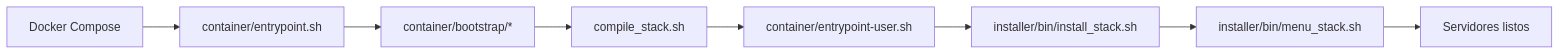
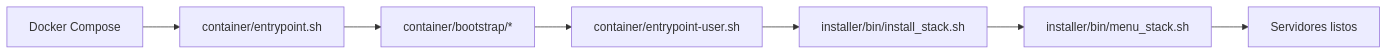
The diagram in README.md (AoC-Gamers/Docker-L4D2-Competitive), drawn with Mermaid before and after one commit. The commit also changed other lines of this file and 14 other files, not shown here.

````diff
--- a/README.md
+++ b/README.md
@@ -47,10 +47,9 @@
 ```mermaid
 graph LR
     A[Docker Compose] --> B[container/entrypoint.sh]
     B --> C[container/bootstrap/*]
-    C --> D[compile_stack.sh]
-    D --> E[container/entrypoint-user.sh]
-    E --> F[installer/bin/install_stack.sh]
-    F --> G[installer/bin/menu_stack.sh]
-    G --> H[Servidores listos]
+    C --> D[container/entrypoint-user.sh]
+    D --> E[installer/bin/install_stack.sh]
+    E --> F[installer/bin/menu_stack.sh]
+    F --> G[Servidores listos]
 ```
````
